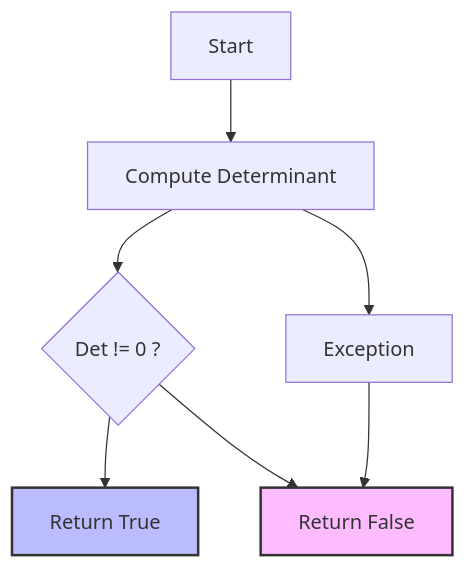
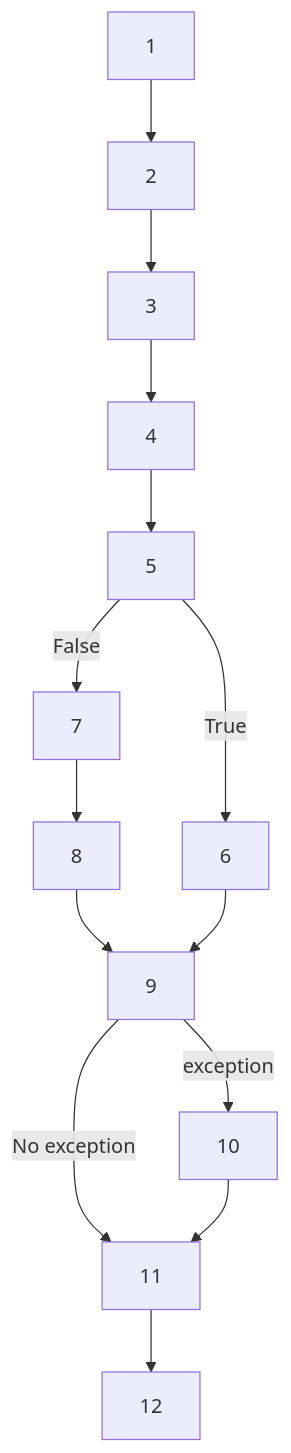
Before and after one commit to ToothlessRider/ESE_Notes: the diagram in Software_Design_ESE.md, drawn with Mermaid. The commit also changed other lines of this file, not shown here.

````diff
--- a/Software_Design_ESE.md
+++ b/Software_Design_ESE.md
@@ -52,14 +55,17 @@
 ```mermaid
 graph TD
-    A[Start] --> B[Compute Determinant]
-    B --> C{Det != 0 ?}
-    C --> D[Return True]:::true
-    C --> E[Return False]:::false
-    B --> F[Exception]
-    F --> E[Return False]:::catch
-    
-    classDef true fill:#bbf,stroke:#333,stroke-width:2px;
-    classDef false fill:#fbb,stroke:#333,stroke-width:2px;
-    classDef catch fill:#fbf,stroke:#333,stroke-width:2px;
+    A[1] --> B[2]
+    B --> C[3]
+    C --> D[4]
+    D --> E[5]
+	E -- True --> F[6]
+	E -- False --> H[7]
+	H --> I[8]
+	I -->J[9]
+	J -- exception --> K[10]
+	F --> J
+	J -- No exception --> L[11]
+	K --> L
+	L --> M[12]
 
 ```
````
